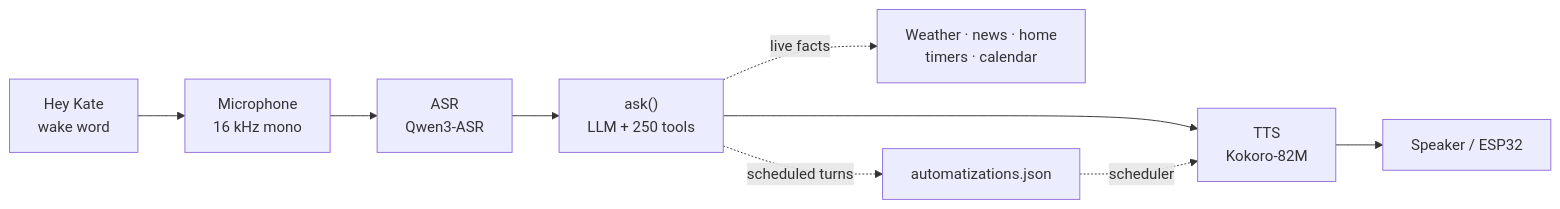
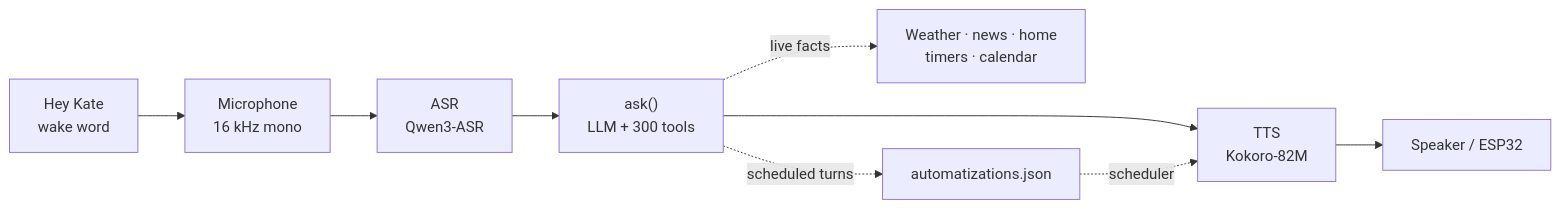
Before and after one commit to conzola/kate: the first of 2 diagrams in README.md, drawn with Mermaid. The commit also changed other lines of this file, not shown here.

Commit message:
Added another 50 tools. Now total of 300.

````diff
--- a/README.md
+++ b/README.md
@@ -85,11 +85,11 @@
 ```mermaid
 flowchart LR
     W["Hey Kate<br/>wake word"] --> M["Microphone<br/>16 kHz mono"]
     M --> A["ASR<br/>Qwen3-ASR"]
-    A --> L["ask()<br/>LLM + 250 tools"]
+    A --> L["ask()<br/>LLM + 300 tools"]
     L --> T["TTS<br/>Kokoro-82M"]
     T --> S["Speaker / ESP32"]
     L -. "live facts" .-> X["Weather · news · home<br/>timers · calendar"]
     L -. "scheduled turns" .-> B["automatizations.json"]
     B -. "scheduler" .-> T
 ```
````
